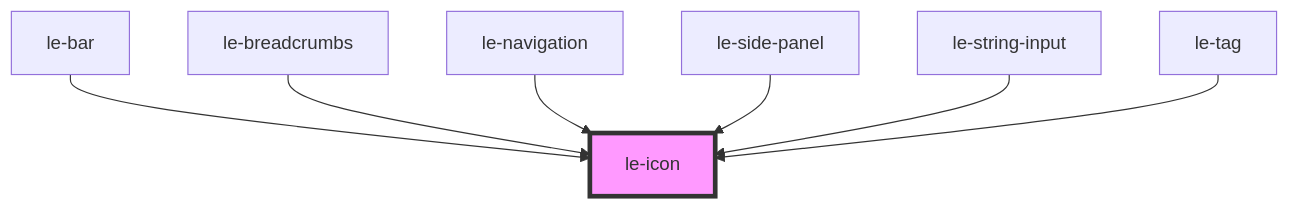
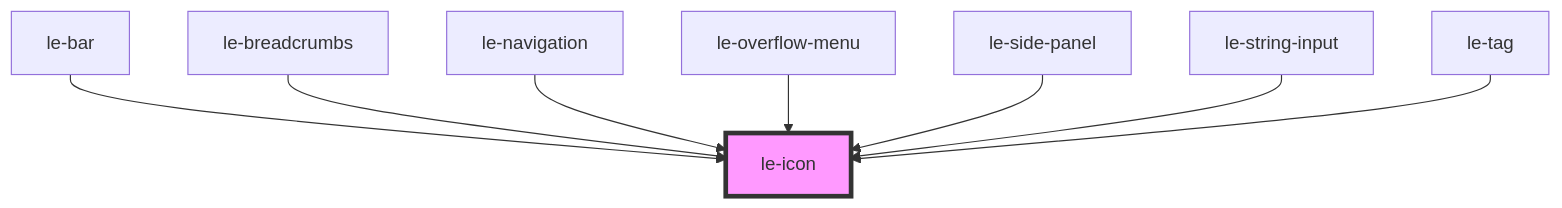
The diagram in packages/core/src/components/le-icon/readme.md (leechy/le-kit), drawn with Mermaid before and after one commit. The commit also changed other lines of this file and 34 other files, not shown here.

````diff
--- a/packages/core/src/components/le-icon/readme.md
+++ b/packages/core/src/components/le-icon/readme.md
@@ -28,10 +29,11 @@
 ```mermaid
 graph TD;
   le-bar --> le-icon
   le-breadcrumbs --> le-icon
   le-navigation --> le-icon
+  le-overflow-menu --> le-icon
   le-side-panel --> le-icon
   le-string-input --> le-icon
   le-tag --> le-icon
   style le-icon fill:#f9f,stroke:#333,stroke-width:4px
 ```
````
